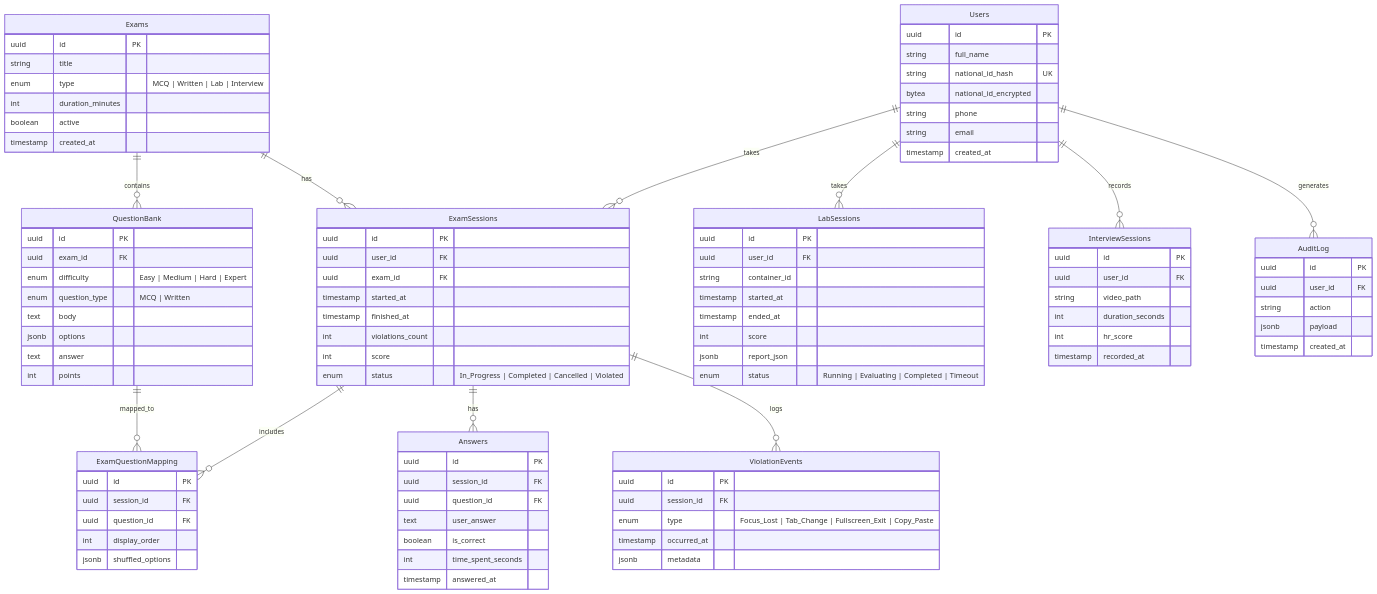
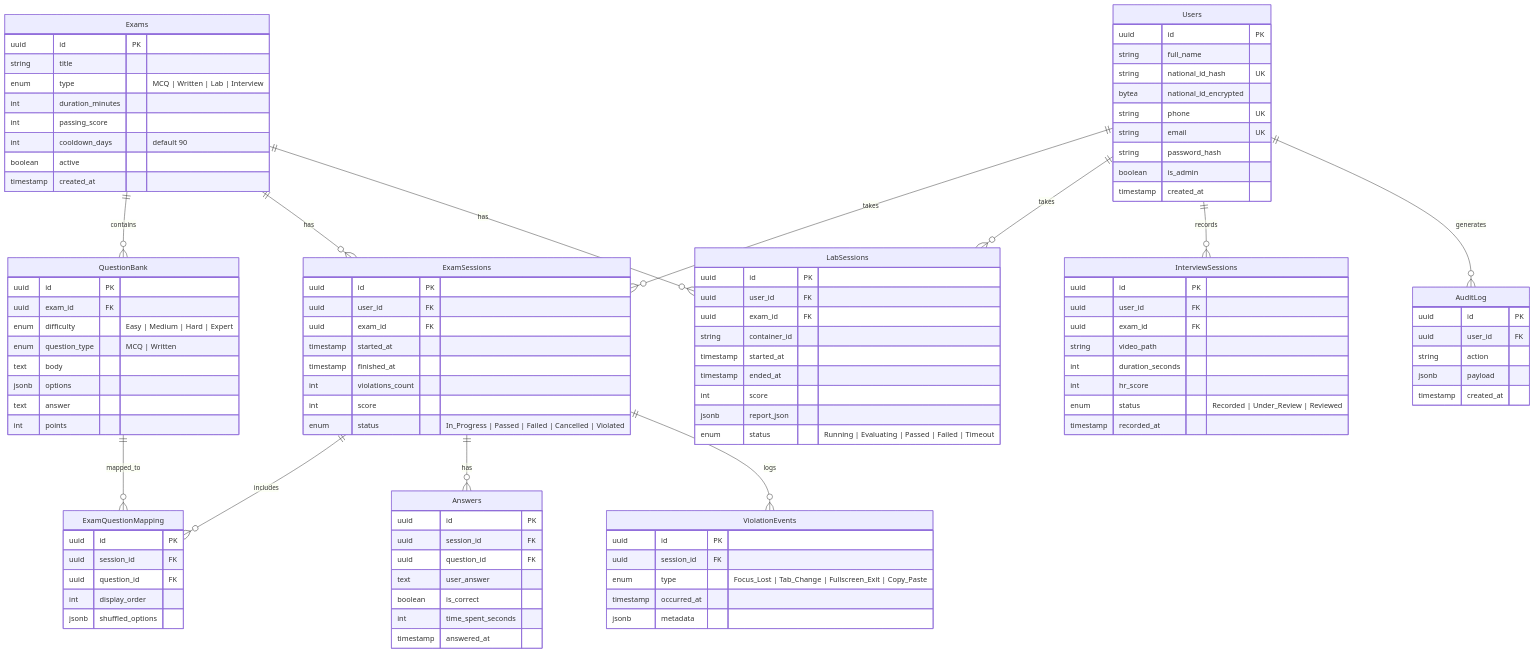
One commit to mohamed-abouseada121/temp-repo changed the tenth of 10 diagrams in README.md. Above: the diagram before and after it, drawn with Mermaid. The commit also changed other lines of this file, not shown here.

```diff
--- a/README.md
+++ b/README.md
@@ -540,8 +610,10 @@
         string full_name
         string national_id_hash UK
         bytea national_id_encrypted
-        string phone
-        string email
+        string phone UK
+        string email UK
+        string password_hash
+        boolean is_admin
         timestamp created_at
     }
 
@@ -550,6 +622,8 @@
         string title
         enum type "MCQ | Written | Lab | Interview"
         int duration_minutes
+        int passing_score
+        int cooldown_days "default 90"
         boolean active
         timestamp created_at
     }
@@ -573,7 +647,7 @@
         timestamp finished_at
         int violations_count
         int score
-        enum status "In_Progress | Completed | Cancelled | Violated"
+        enum status "In_Progress | Passed | Failed | Cancelled | Violated"
     }
 
     ExamQuestionMapping {
@@ -605,20 +679,23 @@
     LabSessions {
         uuid id PK
         uuid user_id FK
+        uuid exam_id FK
         string container_id
         timestamp started_at
         timestamp ended_at
         int score
         jsonb report_json
-        enum status "Running | Evaluating | Completed | Timeout"
+        enum status "Running | Evaluating | Passed | Failed | Timeout"
     }
 
     InterviewSessions {
         uuid id PK
         uuid user_id FK
+        uuid exam_id FK
         string video_path
         int duration_seconds
         int hr_score
+        enum status "Recorded | Under_Review | Reviewed"
         timestamp recorded_at
     }
 
@@ -635,6 +712,7 @@
     Users ||--o{ InterviewSessions : records
     Exams ||--o{ QuestionBank : contains
     Exams ||--o{ ExamSessions : has
+    Exams ||--o{ LabSessions : has
     ExamSessions ||--o{ ExamQuestionMapping : includes
     ExamSessions ||--o{ Answers : has
     ExamSessions ||--o{ ViolationEvents : logs
```
